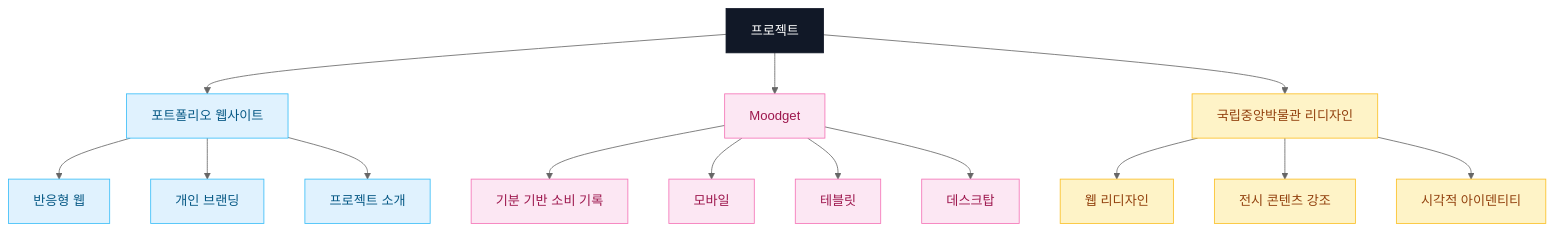
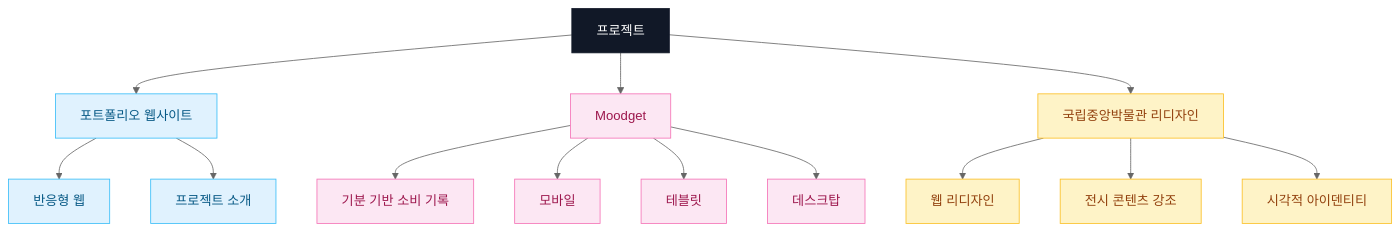
The first of 2 diagrams in README.md (hyunjaeha/hyunjaeha), drawn with Mermaid (neutral theme) before and after one commit.

````diff
--- a/README.md
+++ b/README.md
@@ -62,31 +62,30 @@
 ```mermaid
 flowchart TD
     A[프로젝트]
 
     A --> B[포트폴리오 웹사이트]
     A --> C[Moodget]
     A --> D[국립중앙박물관 리디자인]
 
     B --> B1[반응형 웹]
-    B --> B2[개인 브랜딩]
-    B --> B3[프로젝트 소개]
+    B --> B2[프로젝트 소개]
 
     C --> C1[기분 기반 소비 기록]
     C --> C2[모바일]
     C --> C3[테블릿]
     C --> C4[데스크탑]
 
     D --> D1[웹 리디자인]
     D --> D2[전시 콘텐츠 강조]
     D --> D3[시각적 아이덴티티]
 
     classDef root fill:#111827,color:#ffffff,stroke:#111827;
     classDef portfolio fill:#E0F2FE,color:#075985,stroke:#38BDF8;
     classDef moodget fill:#FCE7F3,color:#9D174D,stroke:#F472B6;
     classDef museum fill:#FEF3C7,color:#92400E,stroke:#FBBF24;
 
     class A root;
-    class B,B1,B2,B3 portfolio;
+    class B,B1,B2 portfolio;
     class C,C1,C2,C3,C4 moodget;
     class D,D1,D2,D3 museum;
 ```
````
